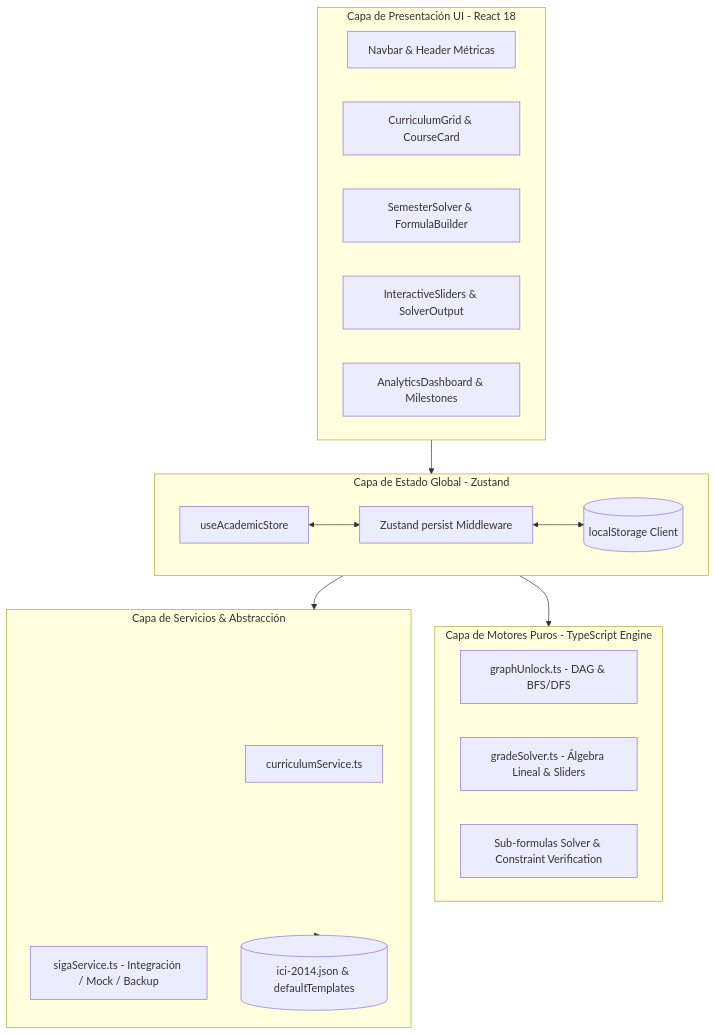
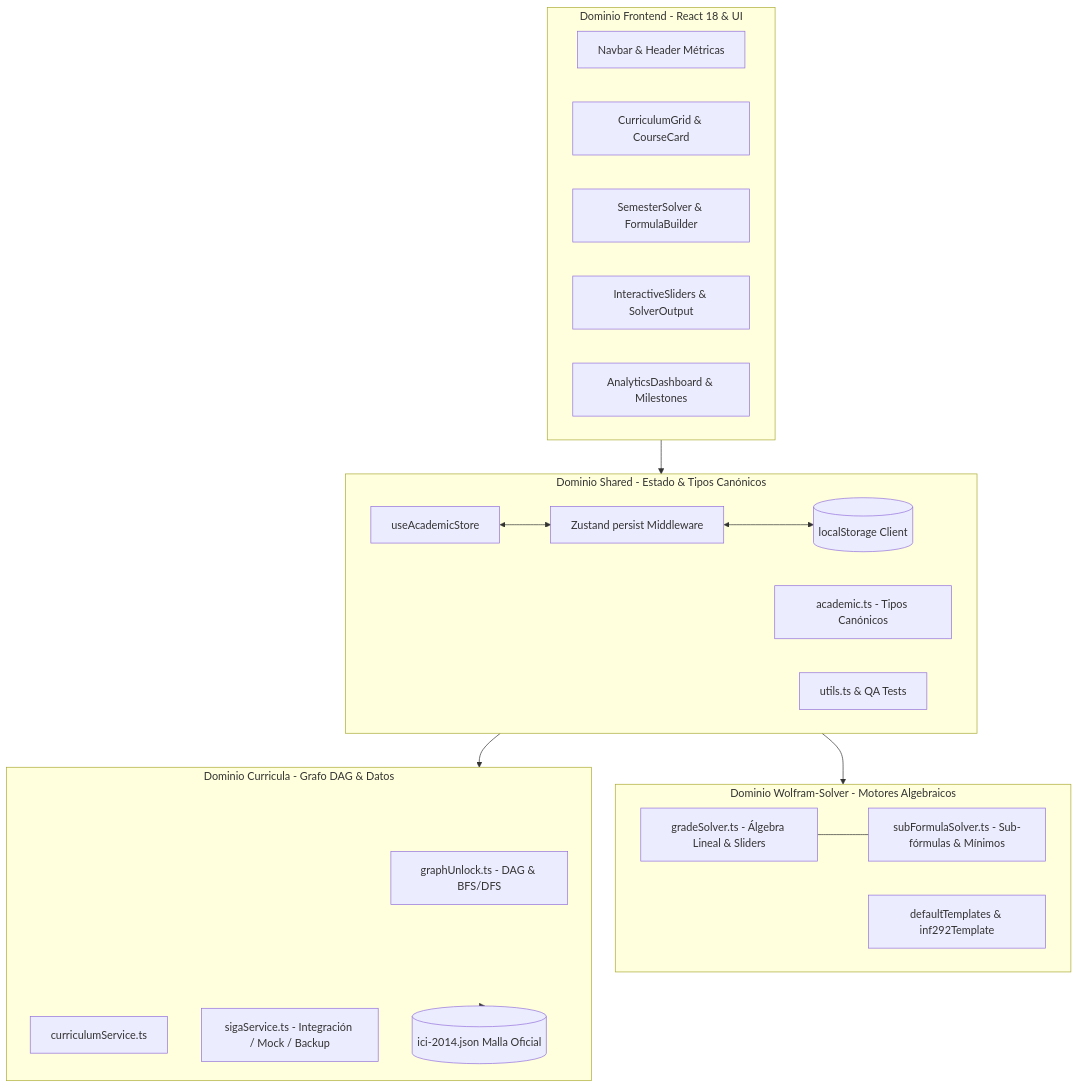
The second of 3 diagrams in CONTEXT.md (Jota216/Malla-USM), drawn with Mermaid before and after one commit. The commit also changed other lines of this file and 85 other files, not shown here.

````diff
--- a/CONTEXT.md
+++ b/CONTEXT.md
@@ -62,34 +62,38 @@
 ```mermaid
 flowchart TD
-    subgraph UI_Layer [Capa de Presentación UI - React 18]
+    subgraph Frontend_Domain [Dominio Frontend - React 18 & UI]
         Navbar[Navbar & Header Métricas]
         CurriculumView[CurriculumGrid & CourseCard]
         SolverView[SemesterSolver & FormulaBuilder]
         Sliders[InteractiveSliders & SolverOutput]
         DashboardView[AnalyticsDashboard & Milestones]
     end
 
-    subgraph Store_Layer [Capa de Estado Global - Zustand]
+    subgraph Shared_Domain [Dominio Shared - Estado & Tipos Canónicos]
         Store[useAcademicStore]
         Persist[Zustand persist Middleware]
         Storage[(localStorage Client)]
+        Types[academic.ts - Tipos Canónicos]
+        Utils[utils.ts & QA Tests]
         Store <--> Persist <--> Storage
     end
 
-    subgraph Engine_Layer [Capa de Motores Puros - TypeScript Engine]
-        GraphEngine[graphUnlock.ts - DAG & BFS/DFS]
+    subgraph Wolfram_Domain [Dominio Wolfram-Solver - Motores Algebraicos]
         SolverEngine[gradeSolver.ts - Álgebra Lineal & Sliders]
-        SubFormulaEngine[Sub-formulas Solver & Constraint Verification]
+        SubFormulaEngine[subFormulaSolver.ts - Sub-fórmulas & Mínimos]
+        Templates[defaultTemplates & inf292Template]
+        SolverEngine --- SubFormulaEngine
     end
 
-    subgraph Service_Layer [Capa de Servicios & Abstracción]
+    subgraph Curricula_Domain [Dominio Curricula - Grafo DAG & Datos]
+        GraphEngine[graphUnlock.ts - DAG & BFS/DFS]
         CurriculumService[curriculumService.ts]
         SigaService[sigaService.ts - Integración / Mock / Backup]
-        DataJSON[(ici-2014.json & defaultTemplates)]
+        DataJSON[(ici-2014.json Malla Oficial)]
     end
 
-    UI_Layer --> Store_Layer
-    Store_Layer --> Engine_Layer
-    Store_Layer --> Service_Layer
-    Service_Layer --> DataJSON
+    Frontend_Domain --> Shared_Domain
+    Shared_Domain --> Wolfram_Domain
+    Shared_Domain --> Curricula_Domain
+    Curricula_Domain --> DataJSON
 ```
````
